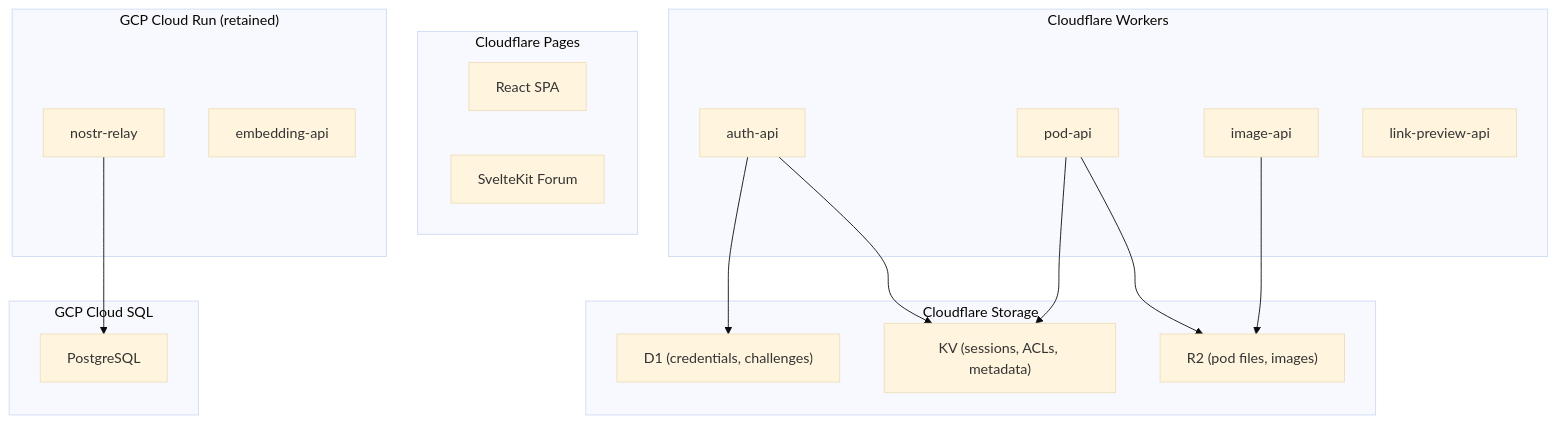
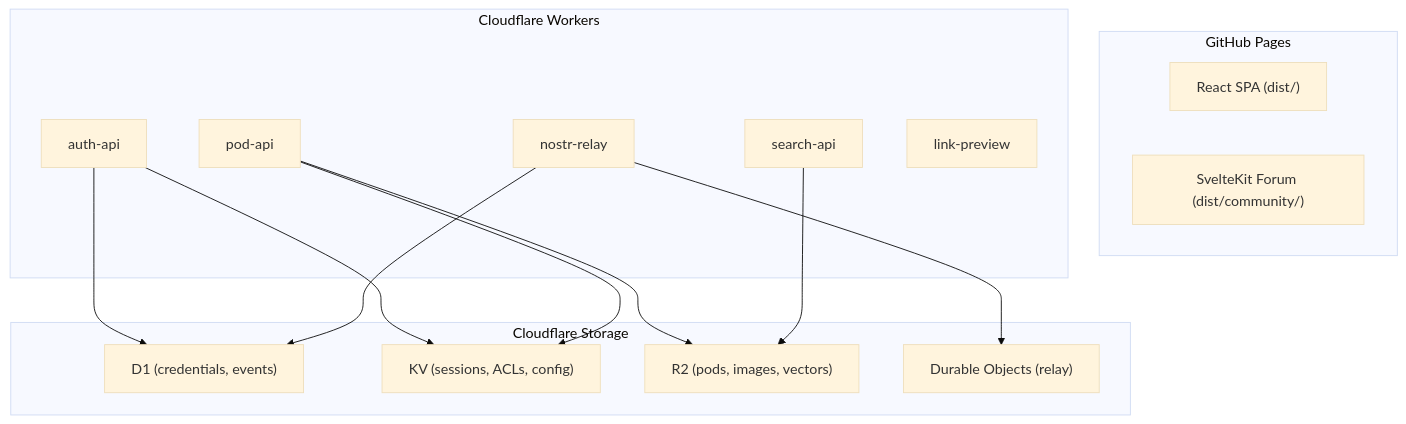
One commit to DreamLab-AI/dreamlab-ai-website changed the sixth of 6 diagrams in docs/architecture.md. Above: the diagram before and after it, drawn with Mermaid (base theme). The commit also changed other lines of this file and 36 other files, not shown here.

First line of the commit message:
Update 37 docs files: remove GCP references, reflect Cloudflare Workers architecture

````diff
--- a/docs/architecture.md
+++ b/docs/architecture.md
@@ -312,36 +253,30 @@
 ```mermaid
 graph TB
-    subgraph CFPages["Cloudflare Pages"]
-        ReactSPA["React SPA"]
-        ForumStatic["SvelteKit Forum"]
+    subgraph GHP["GitHub Pages"]
+        ReactSPA["React SPA (dist/)"]
+        ForumStatic["SvelteKit Forum (dist/community/)"]
     end
 
     subgraph CFWorkers["Cloudflare Workers"]
         CFAuth["auth-api"]
         CFPod["pod-api"]
-        CFImg["image-api"]
-        CFLink["link-preview-api"]
+        CFSearch["search-api"]
+        CFRelay["nostr-relay"]
+        CFLink["link-preview"]
     end
 
     subgraph CFStorage["Cloudflare Storage"]
-        D1["D1 (credentials, challenges)"]
-        KV["KV (sessions, ACLs, metadata)"]
-        R2["R2 (pod files, images)"]
-    end
-
-    subgraph GCP["GCP Cloud Run (retained)"]
-        NRelay["nostr-relay"]
-        Embed["embedding-api"]
-    end
-
-    subgraph GCPDB["GCP Cloud SQL"]
-        PG["PostgreSQL"]
+        D1["D1 (credentials, events)"]
+        KV["KV (sessions, ACLs, config)"]
+        R2["R2 (pods, images, vectors)"]
+        DO["Durable Objects (relay)"]
     end
 
     CFAuth --> D1
     CFAuth --> KV
     CFPod --> R2
     CFPod --> KV
-    CFImg --> R2
-    NRelay --> PG
+    CFSearch --> R2
+    CFRelay --> D1
+    CFRelay --> DO
 ```
````
